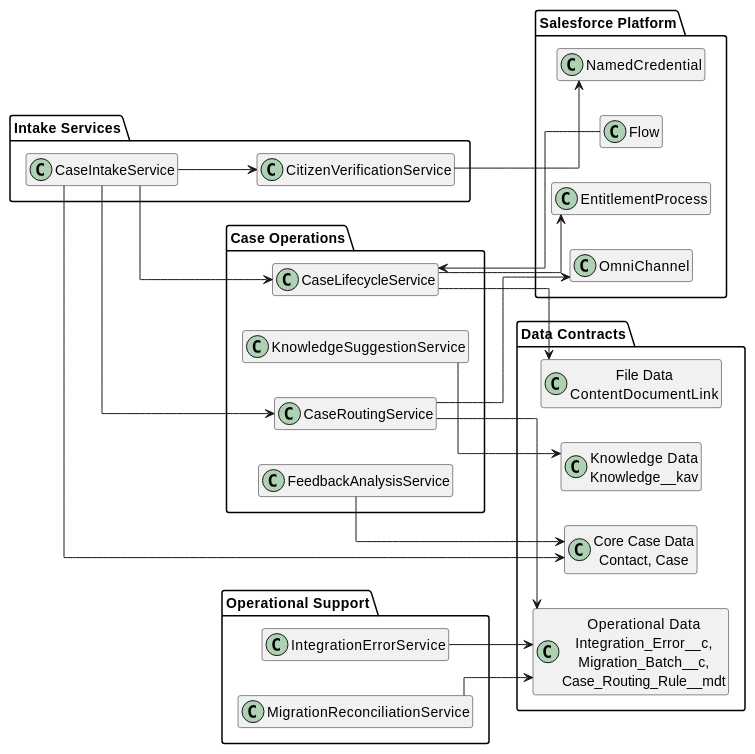
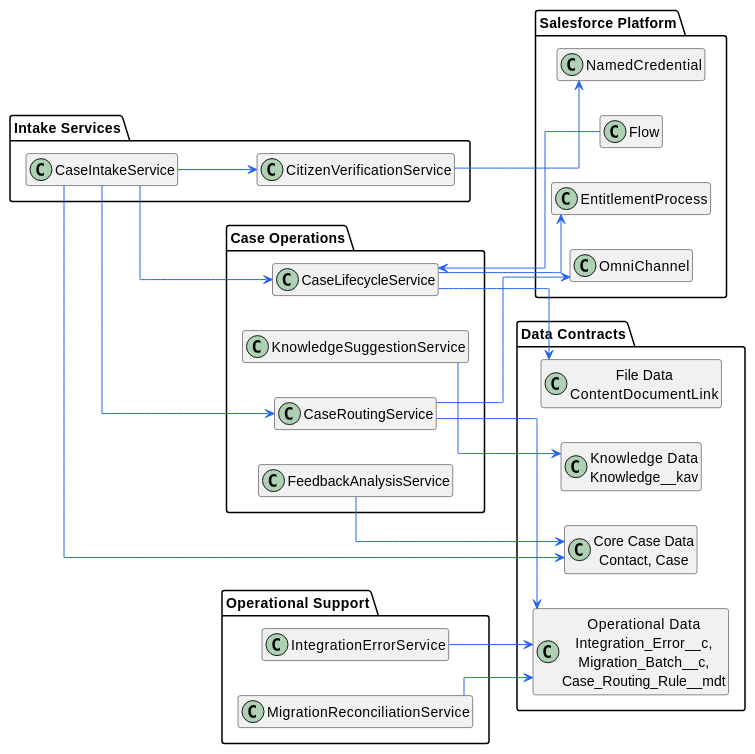
Before and after one commit to jimmytobing/virtusa: diagram 12 of 26 in doc/SADD Task 2.md, drawn with PlantUML. The commit also changed other lines of this file and 27 other files, not shown here.

````diff
--- a/doc/SADD Task 2.md
+++ b/doc/SADD Task 2.md
@@ -657,57 +675,58 @@
 ```plantuml
 @startuml
 left to right direction
 skinparam classAttributeIconSize 0
 skinparam linetype ortho
+skinparam ArrowColor #2563EB
 hide empty members
 
 package "Intake Services" {
   class CaseIntakeService
   class CitizenVerificationService
 }
 
 package "Case Operations" {
   class CaseRoutingService
   class CaseLifecycleService
   class FeedbackAnalysisService
   class KnowledgeSuggestionService
 }
 
 package "Operational Support" {
   class IntegrationErrorService
   class MigrationReconciliationService
 }
 
 package "Salesforce Platform" {
   class Flow
   class OmniChannel
   class EntitlementProcess
   class NamedCredential
 }
 
 package "Data Contracts" {
   class "Core Case Data\nContact, Case" as CoreCaseData
   class "Knowledge Data\nKnowledge__kav" as KnowledgeData
   class "File Data\nContentDocumentLink" as FileData
   class "Operational Data\nIntegration_Error__c,\nMigration_Batch__c,\nCase_Routing_Rule__mdt" as OperationalData
 }
 
 CaseIntakeService --> CitizenVerificationService
 CaseIntakeService --> CaseRoutingService
 CaseIntakeService --> CaseLifecycleService
 CaseIntakeService --> CoreCaseData
 
 CaseRoutingService --> OmniChannel
 CaseRoutingService --> OperationalData
 CaseLifecycleService --> EntitlementProcess
 CaseLifecycleService --> FileData
 FeedbackAnalysisService --> CoreCaseData
 KnowledgeSuggestionService --> KnowledgeData
 
 CitizenVerificationService --> NamedCredential
 IntegrationErrorService --> OperationalData
 MigrationReconciliationService --> OperationalData
 Flow --> CaseLifecycleService
 
 @enduml
 ```
````
